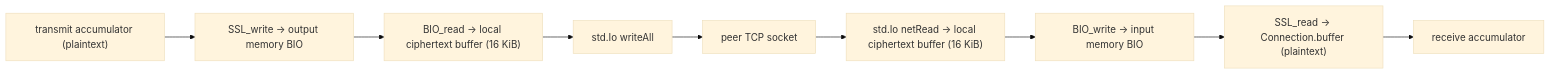
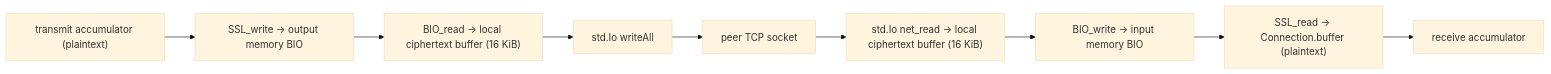
One commit to sectasy0/zcached changed the third of 3 diagrams in docs/internals/network_architecture.md. Above: the diagram before and after it, drawn with Mermaid (base theme). The commit also changed other lines of this file and 28 other files, not shown here.

````diff
--- a/docs/internals/network_architecture.md
+++ b/docs/internals/network_architecture.md
@@ -285,14 +285,14 @@
 ```mermaid
 flowchart LR
     Peer["peer TCP socket"]
-    Receive["std.Io netRead -> local ciphertext buffer (16 KiB)"]
+    Receive["std.Io net_read -> local ciphertext buffer (16 KiB)"]
     InBIO["BIO_write -> input memory BIO"]
     SSLRead["SSL_read -> Connection.buffer (plaintext)"]
     RX["receive accumulator"]
     TX["transmit accumulator (plaintext)"]
     SSLWrite["SSL_write -> output memory BIO"]
     Flush["BIO_read -> local ciphertext buffer (16 KiB)"]
     Send["std.Io writeAll"]
     Peer --> Receive --> InBIO --> SSLRead --> RX
     TX --> SSLWrite --> Flush --> Send --> Peer
 ```
````
